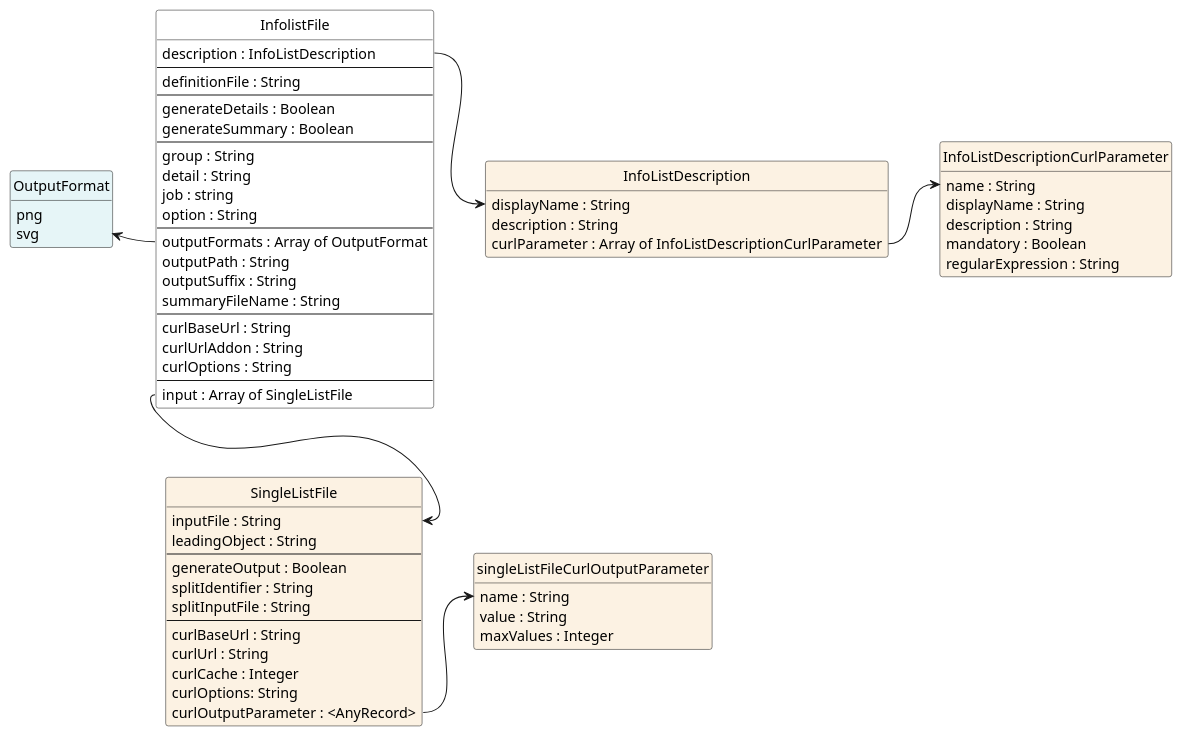
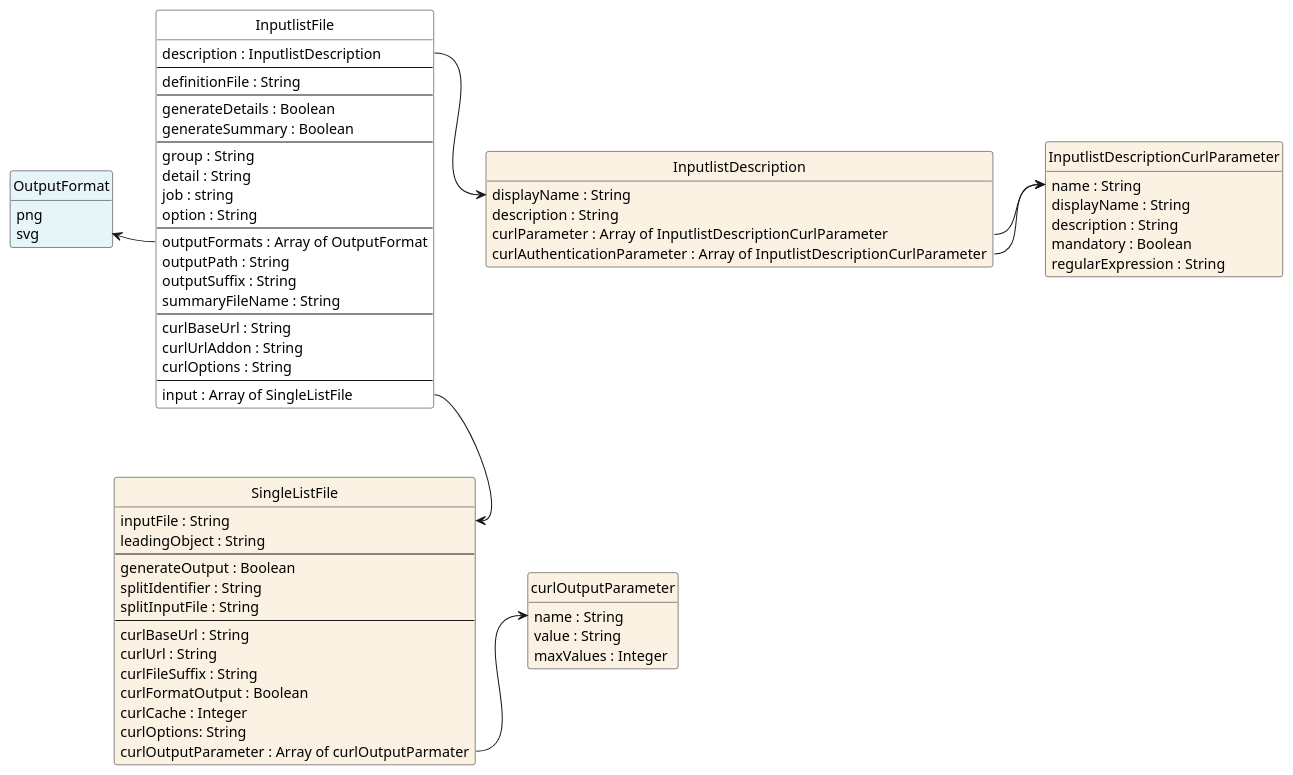
One commit to jfudickar/json2puml changed the diagram in documentation/models/listfile/listfile.puml. Above: the diagram before and after it, drawn with PlantUML. The commit also changed 3 other files, not shown here.

```diff
--- a/documentation/models/listfile/listfile.puml
+++ b/documentation/models/listfile/listfile.puml
@@ -1,85 +1,89 @@
 @startuml
 hide circle
 hide methods
 hide stereotype
 'skinparam linetype polyline
 show <<Enumeration>> stereotype
 skinparam class {
    BackgroundColor<<Enumeration>> #E6F5F7
    BackgroundColor<<Ref>> #FFFFE0
    BackgroundColor<<Pivot>> #FFFFFFF
    BackgroundColor #FCF2E3
 }
 
 class OutputFormat <<Enumeration>> {
     png
     svg
 }
 
-class InfoListDescription {
+class InputlistDescription {
     displayName : String
     description : String
-    curlParameter : Array of InfoListDescriptionCurlParameter
+    curlParameter : Array of InputlistDescriptionCurlParameter
+    curlAuthenticationParameter : Array of InputlistDescriptionCurlParameter
 }
 
-class InfoListDescriptionCurlParameter {
+class InputlistDescriptionCurlParameter {
     name : String
     displayName : String
     description : String
     mandatory : Boolean
     regularExpression : String
 }
 
-class InfolistFile  <<Pivot>> {
-  description : InfoListDescription
+class InputlistFile  <<Pivot>> {
+  description : InputlistDescription
   --
   definitionFile : String
   --
   generateDetails : Boolean 
   generateSummary : Boolean
   --
   group : String
   detail : String
   job : string
   option : String
   --
   outputFormats : Array of OutputFormat 
   outputPath : String
   outputSuffix : String
   summaryFileName : String
   --
   curlBaseUrl : String
   curlUrlAddon : String 
   curlOptions : String
   --
   input : Array of SingleListFile
 }
 
-class singleListFileCurlOutputParameter {
+class curlOutputParameter {
     name : String
     value : String
     maxValues : Integer
 }
 
 class SingleListFile {
     inputFile : String
     leadingObject : String
     ---
 	generateOutput : Boolean
     splitIdentifier : String
     splitInputFile : String
     ---
     curlBaseUrl : String
     curlUrl : String
+    curlFileSuffix : String
+    curlFormatOutput : Boolean
 	curlCache : Integer
     curlOptions: String
-	curlOutputParameter : <AnyRecord>
+	curlOutputParameter : Array of curlOutputParmater
 }
 
-InfolistFile::input --> SingleListFile::inputFile
-InfolistFile::outputFormats -left-> OutputFormat
-InfolistFile::description -right-> InfoListDescription::displayName
-InfoListDescription::curlParameter -right-> InfoListDescriptionCurlParameter::name
-SingleListFile::curlOutputParameter -right-> singleListFileCurlOutputParameter::name
+InputlistFile::input --> SingleListFile::inputFile
+InputlistFile::outputFormats -left-> OutputFormat
+InputlistFile::description -right-> InputlistDescription::displayName
+InputlistDescription::curlParameter -right-> InputlistDescriptionCurlParameter::name
+InputlistDescription::curlAuthenticationParameter -right-> InputlistDescriptionCurlParameter::name
+SingleListFile::curlOutputParameter -right-> curlOutputParameter::name
 
 @enduml
```
